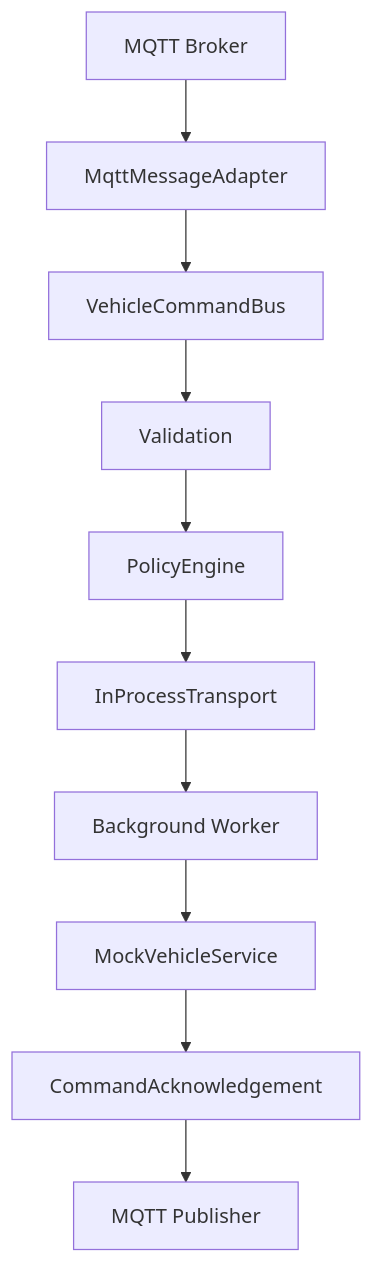
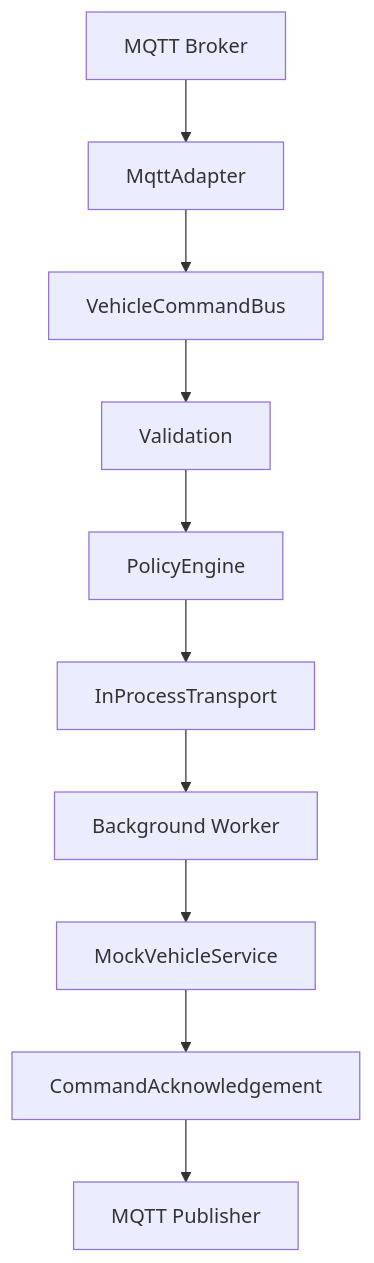
The third of 3 diagrams in docs/coding/DESIGN.md (johnwhitton/ford-infotainment), drawn with Mermaid before and after one commit. The commit also changed other lines of this file and 2 other files, not shown here.

````diff
--- a/docs/coding/DESIGN.md
+++ b/docs/coding/DESIGN.md
@@ -435,23 +451,23 @@
 ```mermaid
 flowchart TD
     Broker["MQTT Broker"]
-    Subscriber["MqttMessageAdapter"]
+    Subscriber["MqttAdapter"]
     Bus["VehicleCommandBus"]
     Validation["Validation"]
     Policy["PolicyEngine"]
     Queue["InProcessTransport"]
     Worker["Background Worker"]
     Vehicle["MockVehicleService"]
     Ack["CommandAcknowledgement"]
     Publisher["MQTT Publisher"]
 
     Broker --> Subscriber
     Subscriber --> Bus
     Bus --> Validation
     Validation --> Policy
     Policy --> Queue
     Queue --> Worker
     Worker --> Vehicle
     Vehicle --> Ack
     Ack --> Publisher
 ```
````
